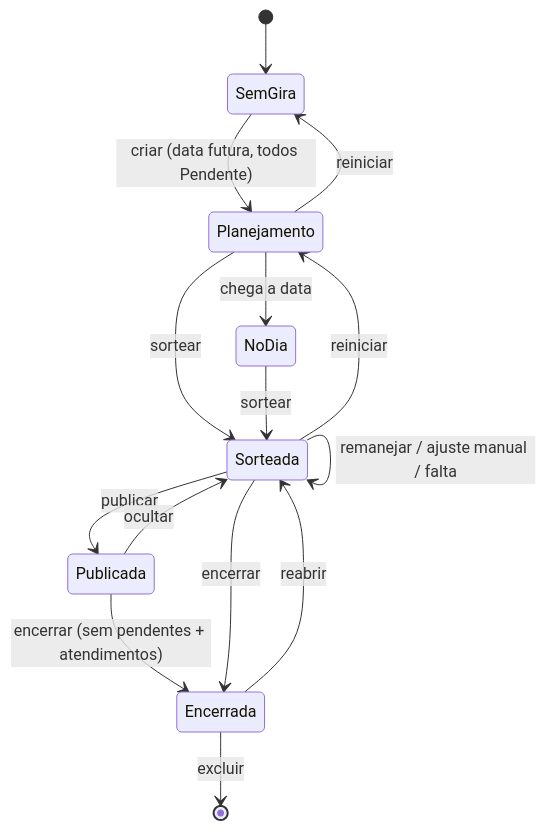
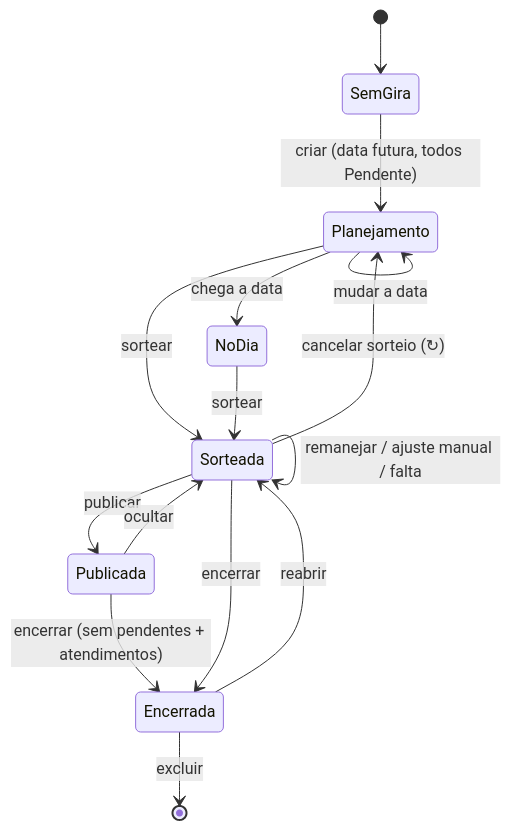
One commit to thi-gotocar/cpj-mediuns changed the second of 5 diagrams in docs/regras.md. Above: the diagram before and after it, drawn with Mermaid. The commit also changed other lines of this file and 8 other files, not shown here.

First line of the commit message:
Gira: tocar na data permite alterar a data programada; sai o botão Reiniciar

````diff
--- a/docs/regras.md
+++ b/docs/regras.md
@@ -109,17 +110,17 @@
 ```mermaid
 stateDiagram-v2
     [*] --> SemGira
     SemGira --> Planejamento: criar (data futura, todos Pendente)
     Planejamento --> NoDia: chega a data
     Planejamento --> Sorteada: sortear
     NoDia --> Sorteada: sortear
     Sorteada --> Sorteada: remanejar / ajuste manual / falta
     Sorteada --> Publicada: publicar
     Publicada --> Sorteada: ocultar
     Publicada --> Encerrada: encerrar (sem pendentes + atendimentos)
     Sorteada --> Encerrada: encerrar
     Encerrada --> Sorteada: reabrir
-    Planejamento --> SemGira: reiniciar
-    Sorteada --> Planejamento: reiniciar
+    Sorteada --> Planejamento: cancelar sorteio (↻)
+    Planejamento --> Planejamento: mudar a data
     Encerrada --> [*]: excluir
 ```
````
